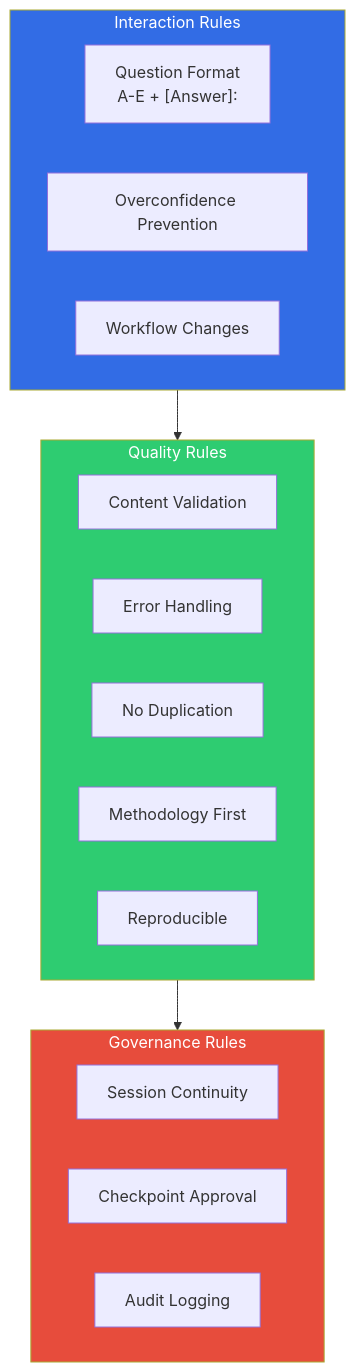
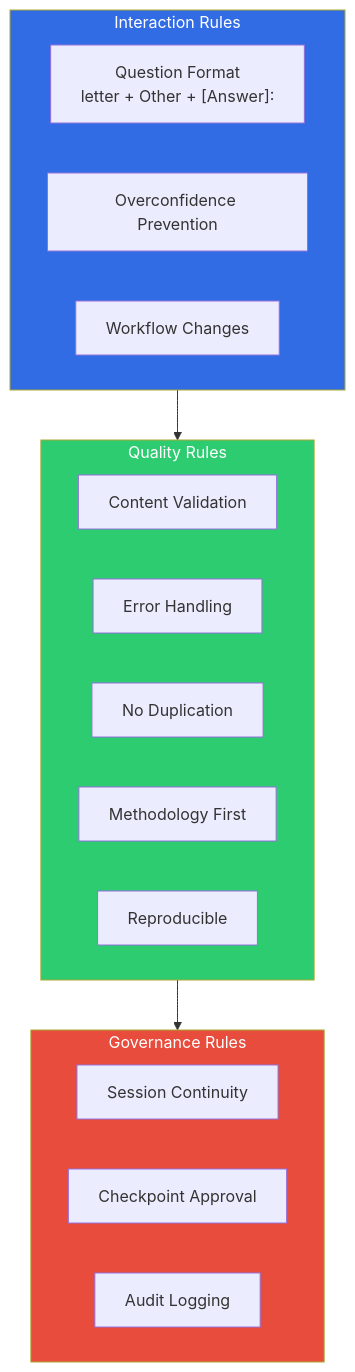
One commit to devfloor9/engineering-playbook changed the first of 2 diagrams in docs/aidlc/methodology/common-rules.md. Above: the diagram before and after it, drawn with Mermaid. The commit also changed other lines of this file and 3 other files, not shown here.

````diff
--- a/docs/aidlc/methodology/common-rules.md
+++ b/docs/aidlc/methodology/common-rules.md
@@ -28,29 +30,29 @@
 ```mermaid
 graph TB
     subgraph Interaction["Interaction Rules"]
-        Q["Question Format<br/>A-E + [Answer]:"]
+        Q["Question Format<br/>letter + Other + [Answer]:"]
         OP["Overconfidence Prevention"]
         WC["Workflow Changes"]
     end
 
     subgraph Quality["Quality Rules"]
         CV["Content Validation"]
         EH["Error Handling"]
         ND["No Duplication"]
         MF["Methodology First"]
         REP["Reproducible"]
     end
 
     subgraph Governance["Governance Rules"]
         SC["Session Continuity"]
         CA["Checkpoint Approval"]
         AL["Audit Logging"]
     end
 
     Interaction --> Quality
     Quality --> Governance
 
     style Interaction fill:#326ce5,color:#fff
     style Quality fill:#2ecc71,color:#fff
     style Governance fill:#e74c3c,color:#fff
 ```
````
